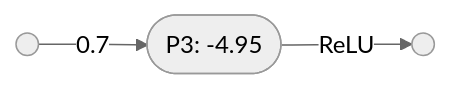
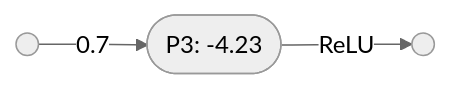
Before and after one commit to conmaol/maglocunus: the fourth of 6 diagrams in nodes/perceptron_layers.md, drawn with Mermaid (neutral theme). The commit also changed other lines of this file, not shown here.

````diff
--- a/nodes/perceptron_layers.md
+++ b/nodes/perceptron_layers.md
@@ -50,5 +52,5 @@
 ```mermaid
 graph LR
-    A(( )) -- "0.7" --> C(["P3: -4.95"])
+    A(( )) -- "0.7" --> C(["P3: -4.23"])
     C -- "ReLU" --> E(( ))
 ```
````
